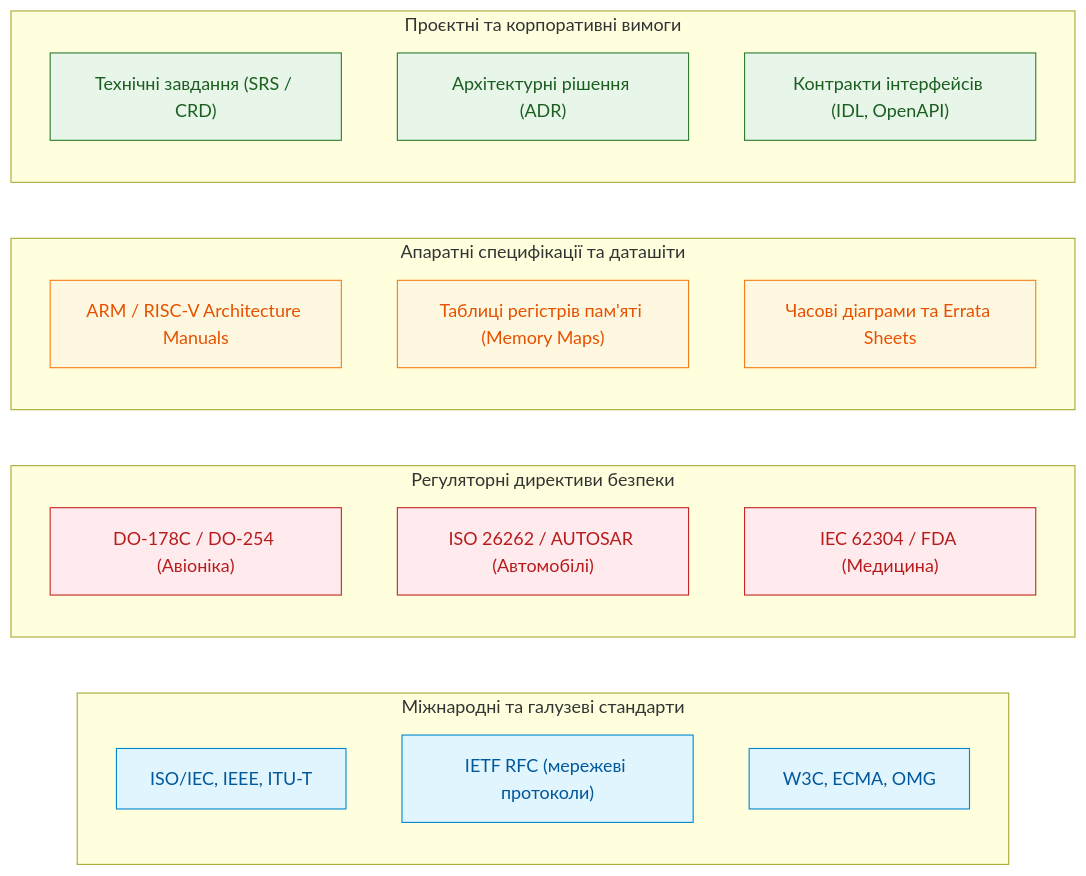
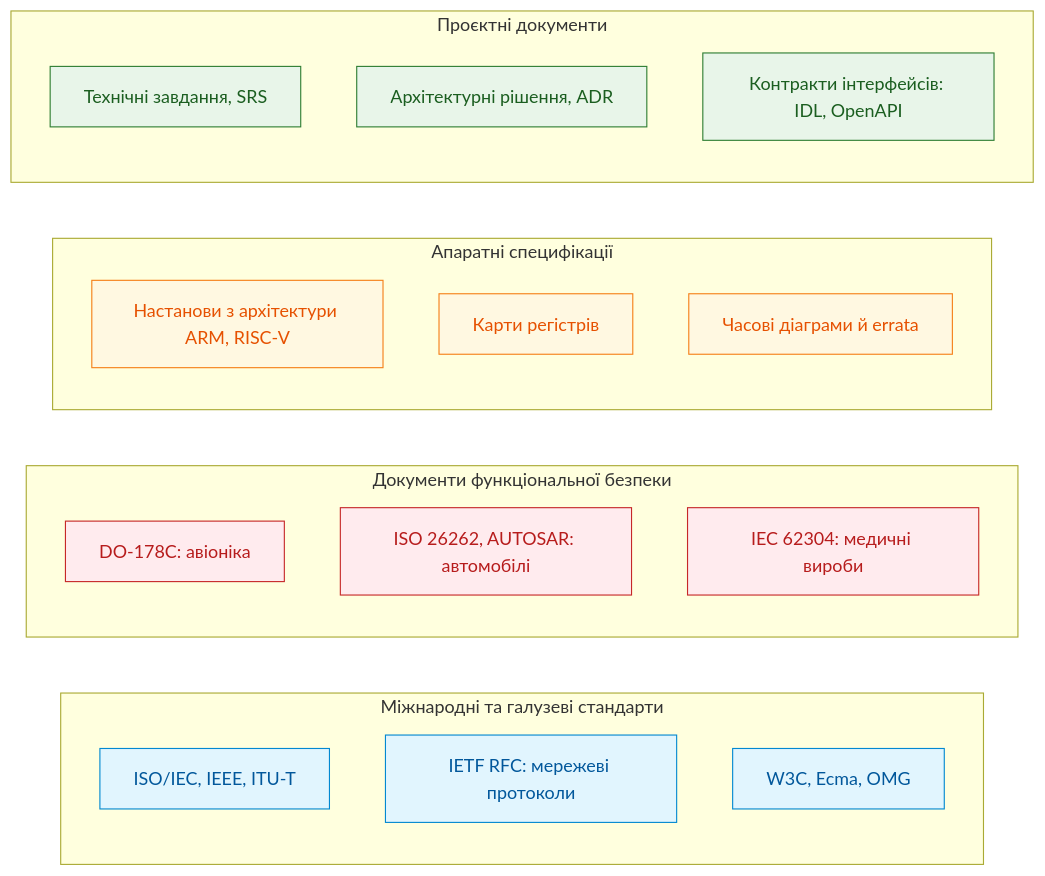
The first of 7 diagrams in ExpertSystem/ch15-knowledge-extraction-and-kb-construction.md (nick-fedchik/articles), drawn with Mermaid before and after one commit. The commit also changed other lines of this file, not shown here.

````diff
--- a/ExpertSystem/ch15-knowledge-extraction-and-kb-construction.md
+++ b/ExpertSystem/ch15-knowledge-extraction-and-kb-construction.md
@@ -56,39 +28,39 @@
 ```mermaid
 flowchart LR
-    accTitle: Таксономія джерел інженерних знань
-    accDescr: Чотири класи джерел знань від регуляторних актів до апаратних описів.
+    accTitle: Чотири класи джерел інженерних знань
+    accDescr: Стандарти, документи функціональної безпеки, апаратні специфікації та проєктні документи з прикладами в кожному класі.
 
     subgraph Standards["Міжнародні та галузеві стандарти"]
         S1["ISO/IEC, IEEE, ITU-T"]
-        S2["IETF RFC (мережеві протоколи)"]
-        S3["W3C, ECMA, OMG"]
+        S2["IETF RFC: мережеві протоколи"]
+        S3["W3C, Ecma, OMG"]
     end
 
-    subgraph Safety["Регуляторні директиви безпеки"]
-        D1["DO-178C / DO-254 (Авіоніка)"]
-        D2["ISO 26262 / AUTOSAR (Автомобілі)"]
-        D3["IEC 62304 / FDA (Медицина)"]
+    subgraph Safety["Документи функціональної безпеки"]
+        D1["DO-178C: авіоніка"]
+        D2["ISO 26262, AUTOSAR: автомобілі"]
+        D3["IEC 62304: медичні вироби"]
     end
 
-    subgraph Hardware["Апаратні специфікації та даташіти"]
-        H1["ARM / RISC-V Architecture Manuals"]
-        H2["Таблиці регістрів пам'яті (Memory Maps)"]
-        H3["Часові діаграми та Errata Sheets"]
+    subgraph Hardware["Апаратні специфікації"]
+        H1["Настанови з архітектури ARM, RISC-V"]
+        H2["Карти регістрів"]
+        H3["Часові діаграми й errata"]
     end
 
-    subgraph Project["Проєктні та корпоративні вимоги"]
-        P1["Технічні завдання (SRS / CRD)"]
-        P2["Архітектурні рішення (ADR)"]
-        P3["Контракти інтерфейсів (IDL, OpenAPI)"]
+    subgraph Project["Проєктні документи"]
+        P1["Технічні завдання, SRS"]
+        P2["Архітектурні рішення, ADR"]
+        P3["Контракти інтерфейсів: IDL, OpenAPI"]
     end
 
     classDef c1 fill:#e1f5fe,stroke:#0288d1,stroke-width:1px,color:#01579b;
     classDef c2 fill:#ffebee,stroke:#c62828,stroke-width:1px,color:#b71c1c;
     classDef c3 fill:#fff8e1,stroke:#f57f17,stroke-width:1px,color:#e65100;
     classDef c4 fill:#e8f5e9,stroke:#2e7d32,stroke-width:1px,color:#1b5e20;
 
     class S1,S2,S3 c1;
     class D1,D2,D3 c2;
     class H1,H2,H3 c3;
     class P1,P2,P3 c4;
 ```
````
